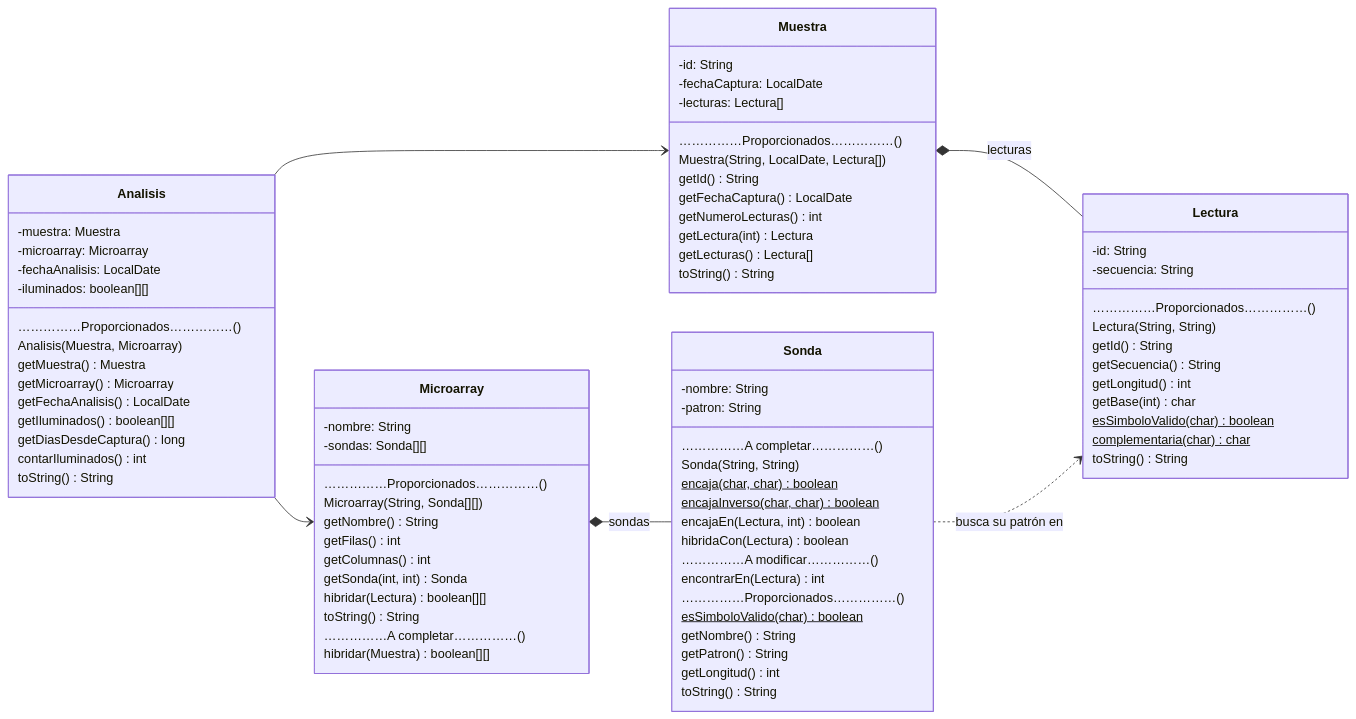
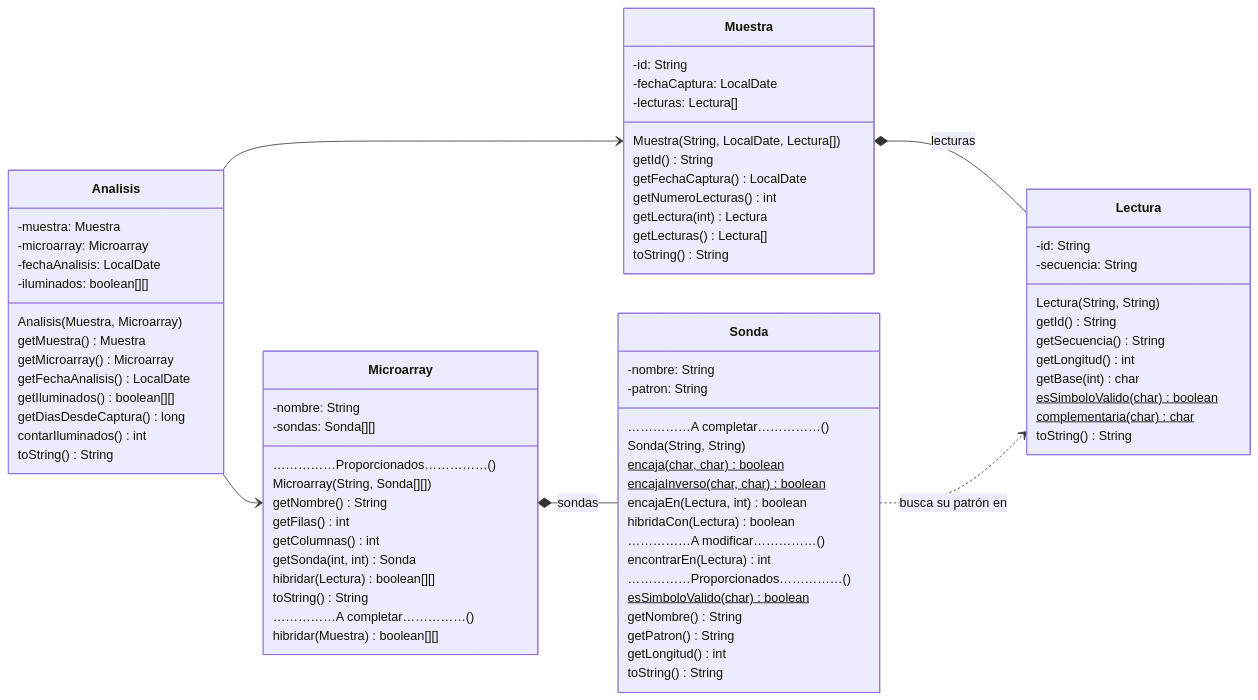
Before and after one commit to ysmartin/fprg-2026-P2-dev: the diagram in README.md, drawn with Mermaid. The commit also changed other lines of this file and 16 other files, not shown here.

```diff
--- a/README.md
+++ b/README.md
@@ -111,7 +126,6 @@
 class Lectura {
 -id: String
 -secuencia: String
-……………Proporcionados……………()
 Lectura(String, String)
 getId() String
 getSecuencia() String
@@ -126,7 +140,6 @@
 -id: String
 -fechaCaptura: LocalDate
 -lecturas: Lectura[]
-……………Proporcionados……………()
 Muestra(String, LocalDate, Lectura[])
 getId() String
 getFechaCaptura() LocalDate
@@ -175,7 +188,6 @@
 -microarray: Microarray
 -fechaAnalisis: LocalDate
 -iluminados: boolean[][]
-……………Proporcionados……………()
 Analisis(Muestra, Microarray)
 getMuestra() Muestra
 getMicroarray() Microarray
```
